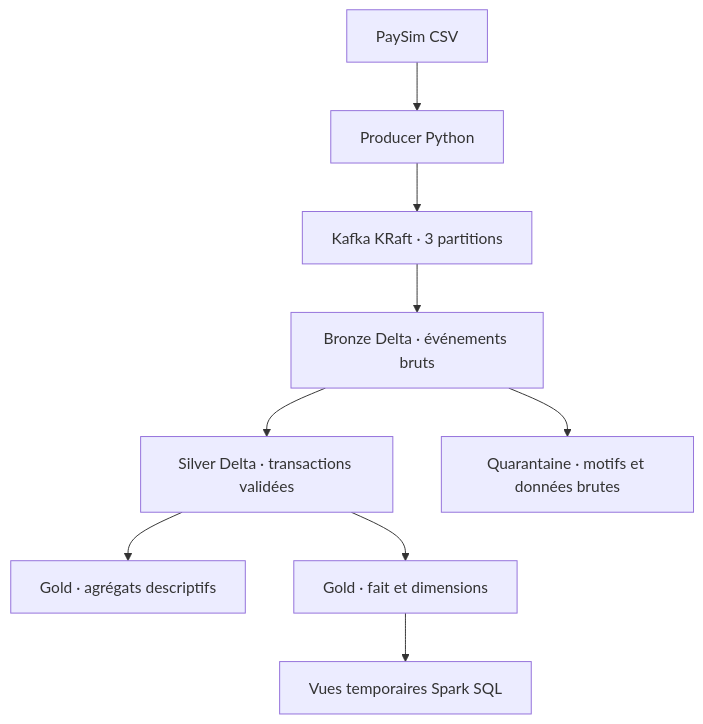
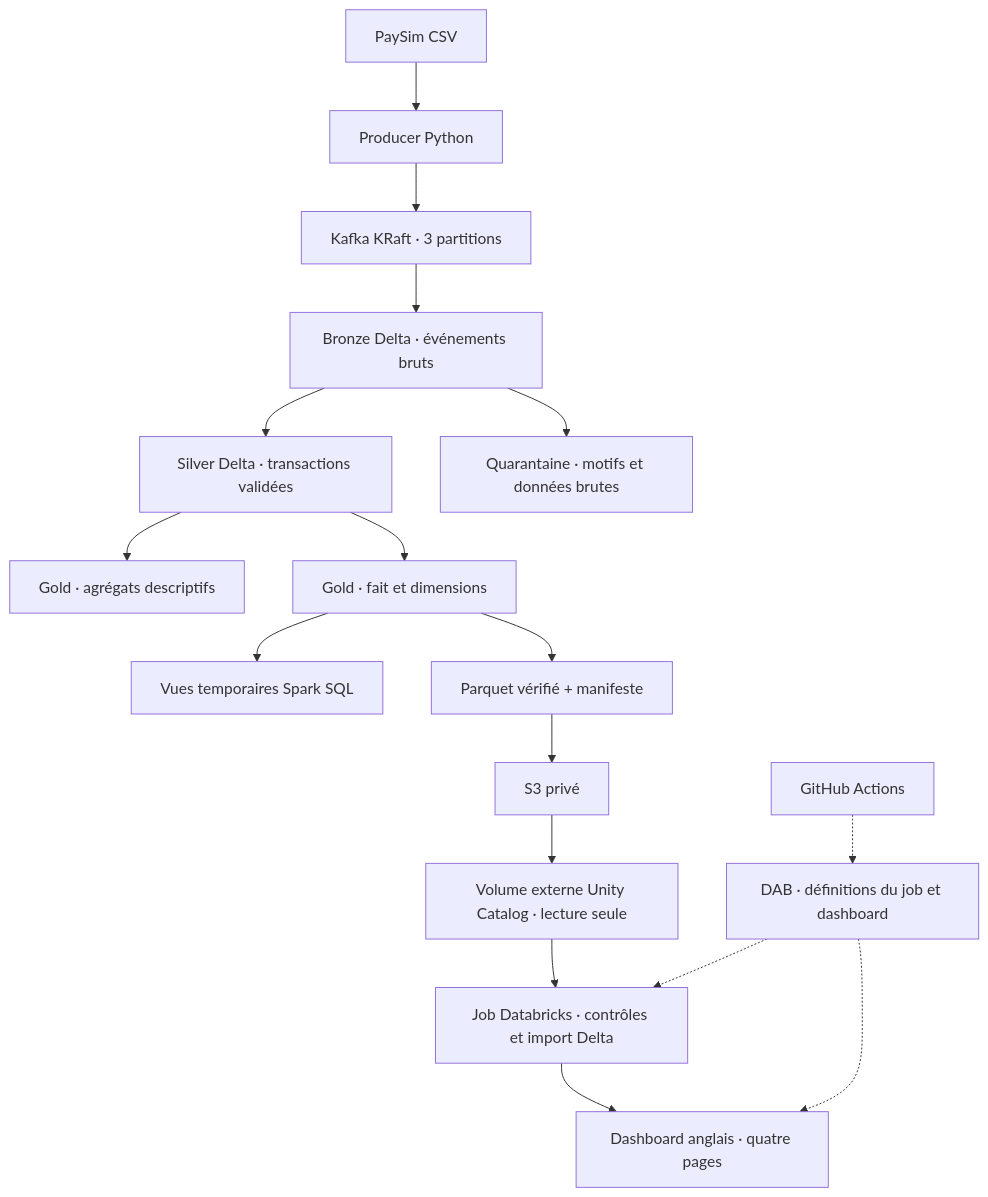
Before and after one commit to Cedric-LEBE/PaySim-Lakehouse: the diagram in docs/architecture.md, drawn with Mermaid. The commit also changed other lines of this file and 30 other files, not shown here.

````diff
--- a/docs/architecture.md
+++ b/docs/architecture.md
@@ -7,11 +7,19 @@
 ```mermaid
 flowchart TB
     CSV[PaySim CSV] --> Producer[Producer Python]
     Producer --> Kafka[Kafka KRaft · 3 partitions]
     Kafka --> Bronze[Bronze Delta · événements bruts]
     Bronze --> Silver[Silver Delta · transactions validées]
     Bronze --> Quality[Quarantaine · motifs et données brutes]
     Silver --> Metrics[Gold · agrégats descriptifs]
     Silver --> Star[Gold · fait et dimensions]
     Star --> SQL[Vues temporaires Spark SQL]
+    Star --> Export[Parquet vérifié + manifeste]
+    Export --> S3[S3 privé]
+    S3 --> UC[Volume externe Unity Catalog · lecture seule]
+    UC --> Import[Job Databricks · contrôles et import Delta]
+    Import --> BI[Dashboard anglais · quatre pages]
+    GitHub[GitHub Actions] -.-> DAB[DAB · définitions du job et dashboard]
+    DAB -.-> Import
+    DAB -.-> BI
 ```
````
